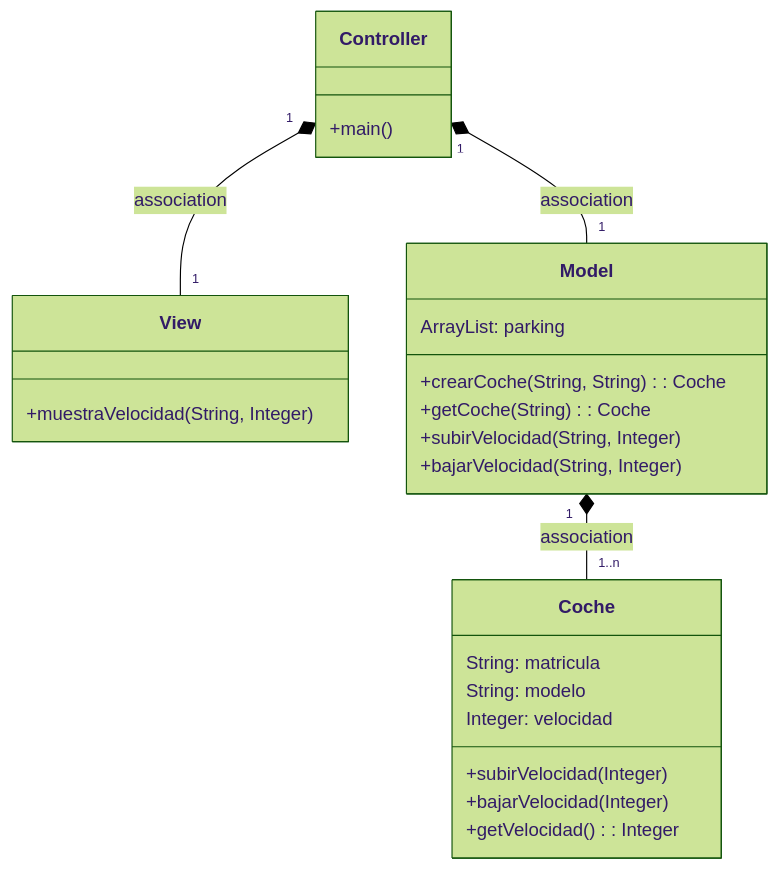
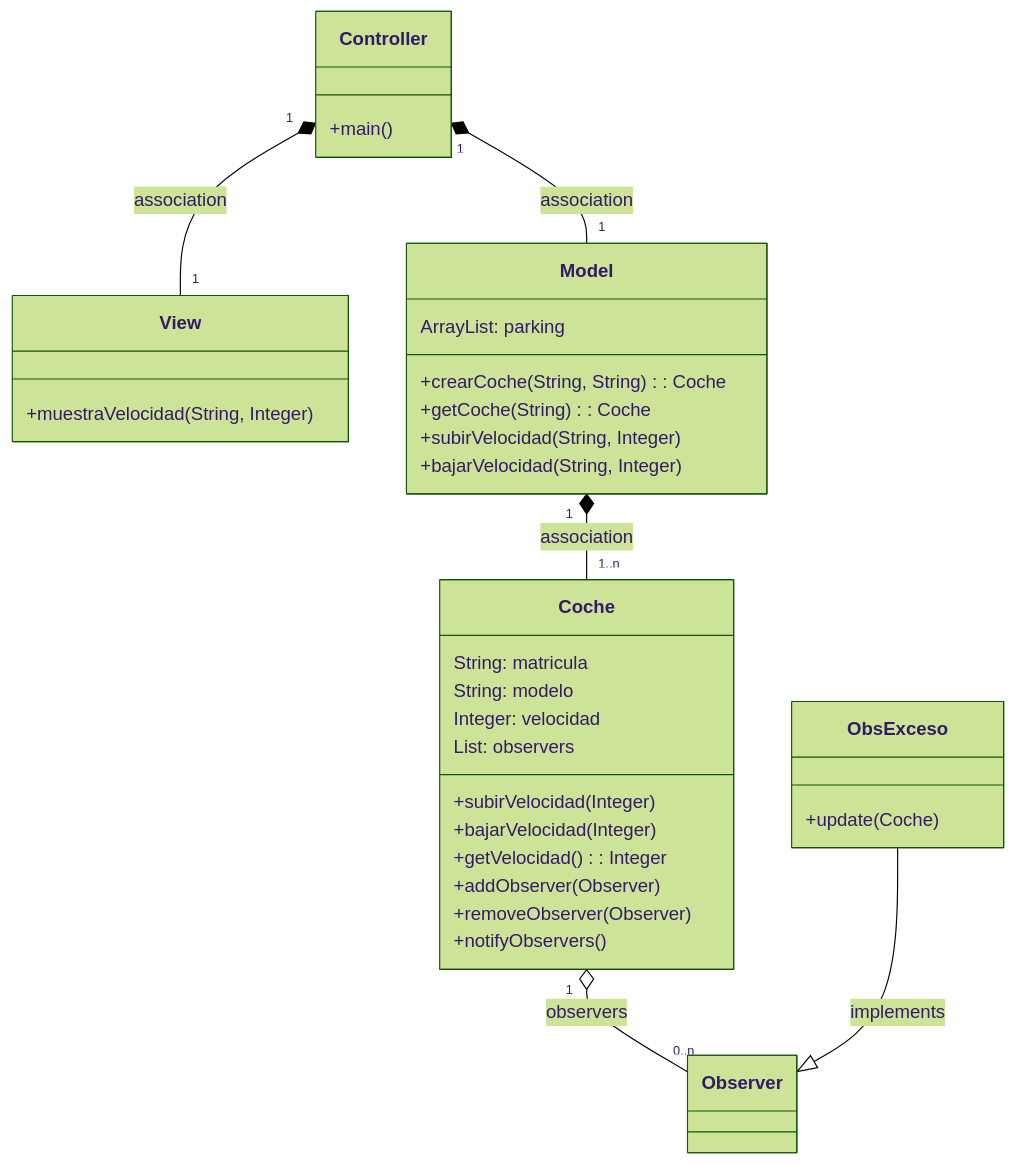
Before and after one commit to damiancastelao/MVC_coches_solucion: the first of 3 diagrams in Readme.md, drawn with Mermaid (forest theme). The commit also changed other lines of this file, not shown here.

````diff
--- a/Readme.md
+++ b/Readme.md
@@ -55,28 +55,37 @@
 ```mermaid
 classDiagram
     class Coche {
         String: matricula
         String: modelo
         Integer: velocidad
+        List<Observer>: observers
         +subirVelocidad(Integer)
         +bajarVelocidad(Integer)
         +getVelocidad() : Integer
+        +addObserver(Observer)
+        +removeObserver(Observer)
+        +notifyObservers()
     }
     class Controller {
         +main()
     }
     class View {
         +muestraVelocidad(String, Integer)
     }
     class Model {
         ArrayList<Coche>: parking
         +crearCoche(String, String) : Coche
         +getCoche(String) : Coche
         +subirVelocidad(String, Integer)
         +bajarVelocidad(String, Integer)
     }
+    class ObsExceso {
+        +update(Coche)
+    }
     Controller "1" *-- "1" Model : association
     Controller "1" *-- "1" View : association
     Model "1" *-- "1..n" Coche : association
+    Coche "1" o-- "0..n" Observer : observers
+    ObsExceso --|> Observer : implements
 
 ```
````
